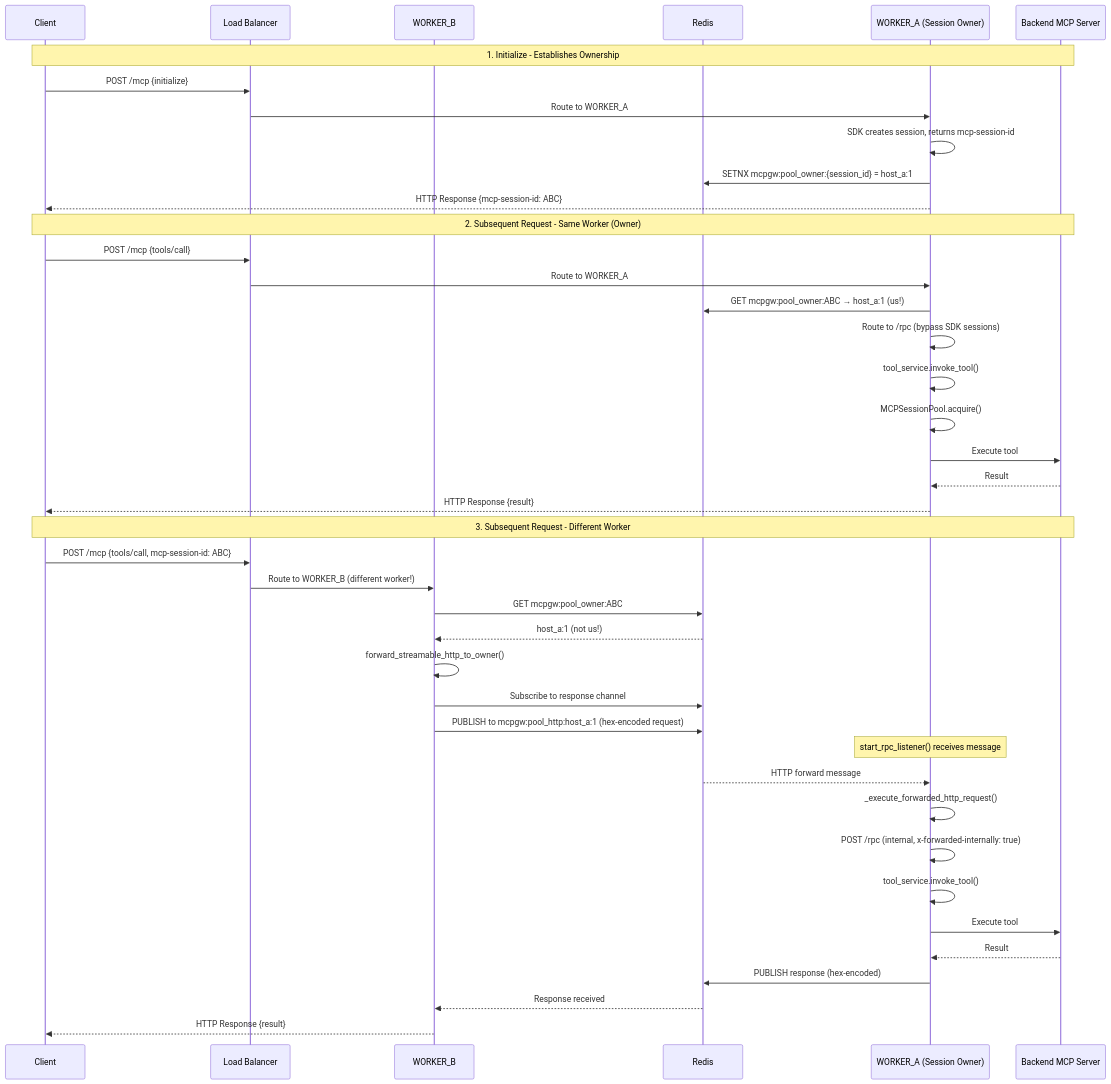
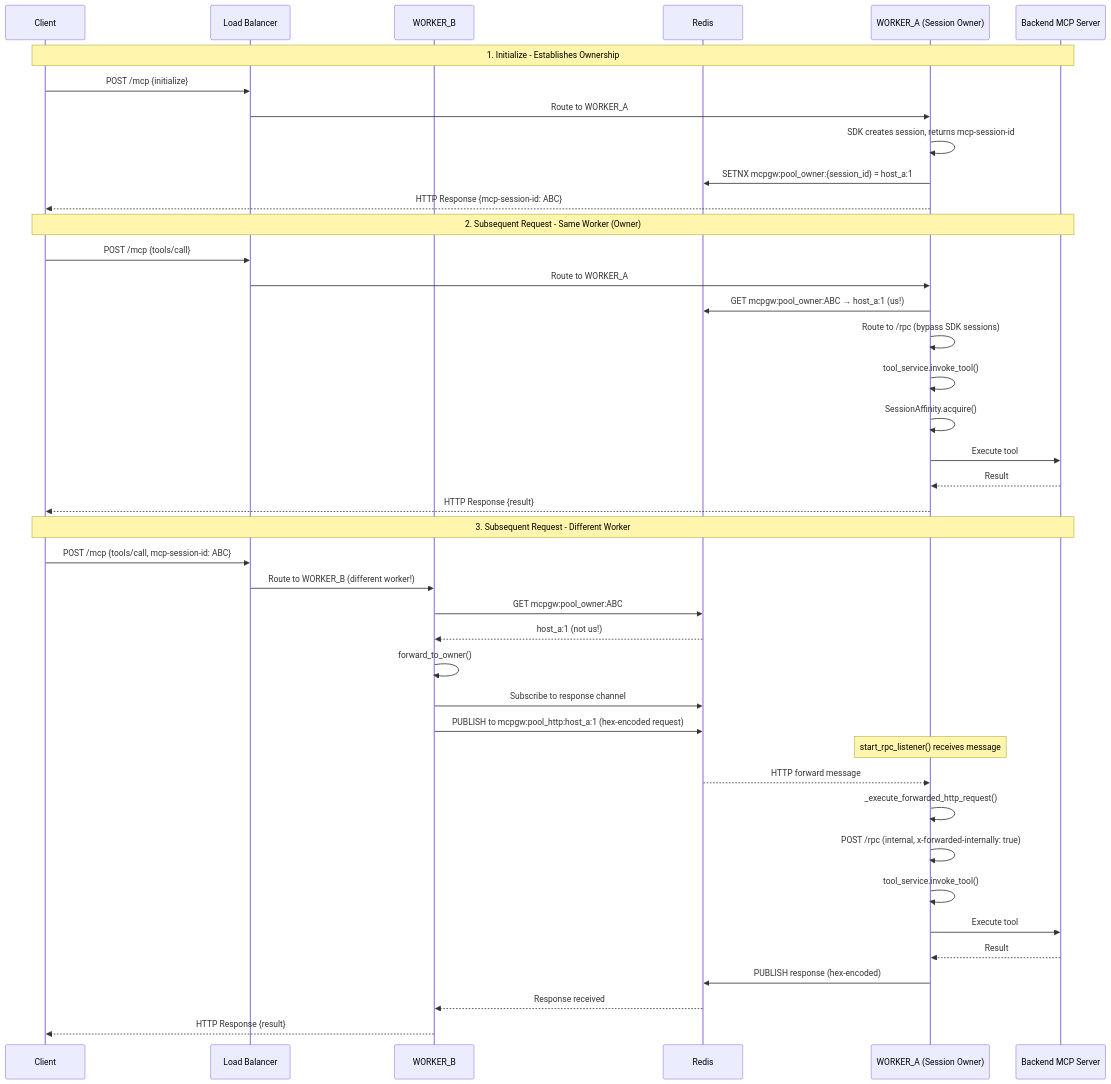
Before and after one commit to brian-hussey/mcp-context-forge: the second of 2 diagrams in docs/docs/architecture/adr/038-multi-worker-session-affinity.md, drawn with Mermaid. The commit also changed other lines of this file and 48 other files, not shown here.

````diff
--- a/docs/docs/architecture/adr/038-multi-worker-session-affinity.md
+++ b/docs/docs/architecture/adr/038-multi-worker-session-affinity.md
@@ -227,48 +242,48 @@
 ```mermaid
 sequenceDiagram
     participant Client
     participant LB as Load Balancer
     participant WB as WORKER_B
     participant Redis
     participant WA as WORKER_A (Session Owner)
     participant Backend as Backend MCP Server
 
     Note over Client,Backend: 1. Initialize - Establishes Ownership
     Client->>LB: POST /mcp {initialize}
     LB->>WA: Route to WORKER_A
     WA->>WA: SDK creates session, returns mcp-session-id
     WA->>Redis: SETNX mcpgw:pool_owner:{session_id} = host_a:1
     WA-->>Client: HTTP Response {mcp-session-id: ABC}
 
     Note over Client,Backend: 2. Subsequent Request - Same Worker (Owner)
     Client->>LB: POST /mcp {tools/call}
     LB->>WA: Route to WORKER_A
     WA->>Redis: GET mcpgw:pool_owner:ABC → host_a:1 (us!)
     WA->>WA: Route to /rpc (bypass SDK sessions)
     WA->>WA: tool_service.invoke_tool()
-    WA->>WA: MCPSessionPool.acquire()
+    WA->>WA: SessionAffinity.acquire()
     WA->>Backend: Execute tool
     Backend-->>WA: Result
     WA-->>Client: HTTP Response {result}
 
     Note over Client,Backend: 3. Subsequent Request - Different Worker
     Client->>LB: POST /mcp {tools/call, mcp-session-id: ABC}
     LB->>WB: Route to WORKER_B (different worker!)
     WB->>Redis: GET mcpgw:pool_owner:ABC
     Redis-->>WB: host_a:1 (not us!)
-    WB->>WB: forward_streamable_http_to_owner()
+    WB->>WB: forward_to_owner()
     WB->>Redis: Subscribe to response channel
     WB->>Redis: PUBLISH to mcpgw:pool_http:host_a:1 (hex-encoded request)
 
     Note over WA: start_rpc_listener() receives message
     Redis-->>WA: HTTP forward message
     WA->>WA: _execute_forwarded_http_request()
     WA->>WA: POST /rpc (internal, x-forwarded-internally: true)
     WA->>WA: tool_service.invoke_tool()
     WA->>Backend: Execute tool
     Backend-->>WA: Result
     WA->>Redis: PUBLISH response (hex-encoded)
     Redis-->>WB: Response received
 
     WB-->>Client: HTTP Response {result}
 ```
````
